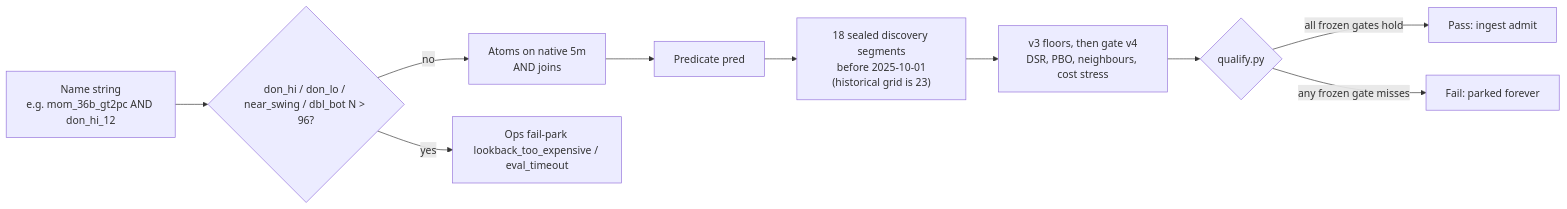
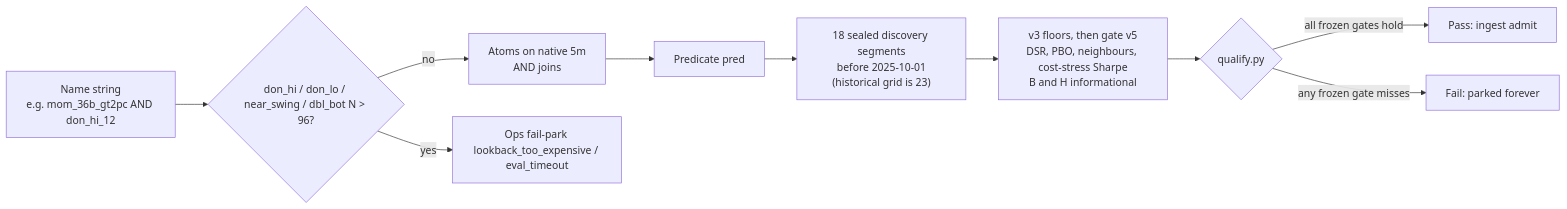
Before and after one commit to Runemark7/paper-trading-bot: the second of 3 diagrams in docs/WORKFLOW.md, drawn with Mermaid. The commit also changed other lines of this file and 34 other files, not shown here.

First line of the commit message:
Gate v5: discovery buy-and-hold is informational (#96)

````diff
--- a/docs/WORKFLOW.md
+++ b/docs/WORKFLOW.md
@@ -113,19 +115,19 @@
 ```mermaid
 flowchart LR
   name["Name string\ne.g. mom_36b_gt2pc AND don_hi_12"]
   cap{"don_hi / don_lo / near_swing / dbl_bot N > 96?"}
   atoms["Atoms on native 5m\nAND joins"]
   pred["Predicate pred"]
   windows["18 sealed discovery segments\nbefore 2025-10-01\n(historical grid is 23)"]
-  score["v3 floors, then gate v4\nDSR, PBO, neighbours, cost stress"]
+  score["v3 floors, then gate v5\nDSR, PBO, neighbours, cost-stress Sharpe\nB and H informational"]
   decision{"qualify.py"}
   passNode["Pass: ingest admit"]
   failNode["Fail: parked forever"]
   opsPark["Ops fail-park lookback_too_expensive / eval_timeout"]
 
   name --> cap
   cap -->|yes| opsPark
   cap -->|no| atoms --> pred --> windows --> score --> decision
   decision -->|"all frozen gates hold"| passNode
   decision -->|"any frozen gate misses"| failNode
 ```
````
